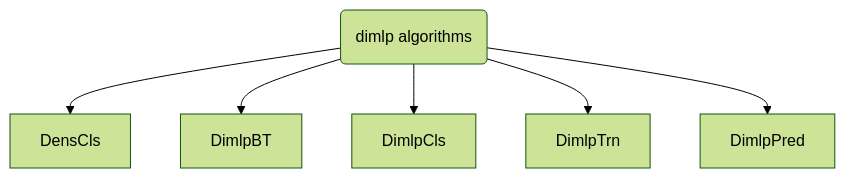
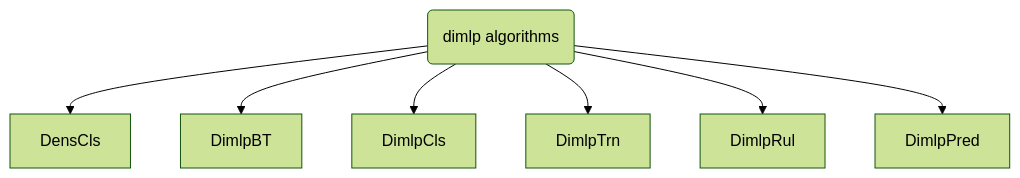
One commit to HES-XPLAIN/hes-xplain.github.io changed the diagram in docs/documentation/algorithms/dimlp/overview.md. Above: the diagram before and after it, drawn with Mermaid (forest theme). The commit also changed other lines of this file, not shown here.

````diff
--- a/docs/documentation/algorithms/dimlp/overview.md
+++ b/docs/documentation/algorithms/dimlp/overview.md
@@ -12,8 +12,9 @@
 ```mermaid
 graph TD;
     d(dimlp algorithms) --> DensCls;
     d --> DimlpBT;
     d --> DimlpCls;
     d --> DimlpTrn;
+    d --> DimlpRul;
     d --> DimlpPred;
 ```
````
